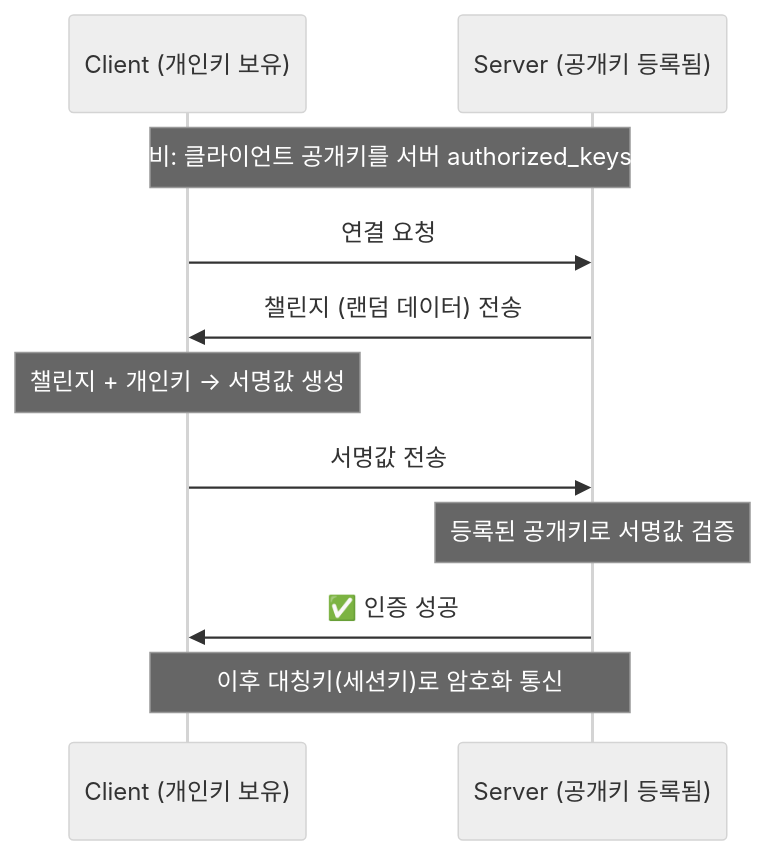
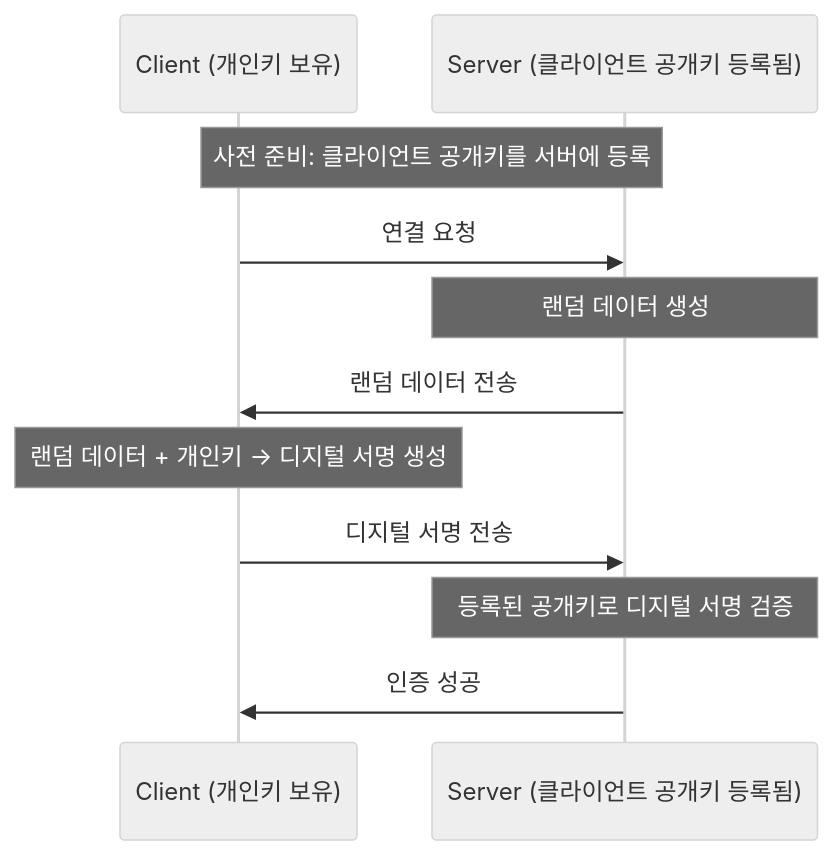
One commit to yhnoh/study changed the first of 6 diagrams in 주니어_백엔드_개발자가_반드시_알아야_할_실무지식/08_Security/README.md. Above: the diagram before and after it, drawn with Mermaid (neutral theme). The commit also changed other lines of this file, not shown here.

````diff
--- a/주니어_백엔드_개발자가_반드시_알아야_할_실무지식/08_Security/README.md
+++ b/주니어_백엔드_개발자가_반드시_알아야_할_실무지식/08_Security/README.md
@@ -62,14 +71,15 @@
 ```mermaid
 sequenceDiagram
     participant C as Client (개인키 보유)
-    participant S as Server (공개키 등록됨)
+    participant S as Server (클라이언트 공개키 등록됨)
 
-    Note over C,S: 사전 준비: 클라이언트 공개키를 서버 authorized_keys에 등록
+    Note over C,S: 사전 준비: 클라이언트 공개키를 서버에 등록
+
     C->>S: 연결 요청
-    S->>C: 챌린지 (랜덤 데이터) 전송
-    Note over C: 챌린지 + 개인키 → 서명값 생성
-    C->>S: 서명값 전송
-    Note over S: 등록된 공개키로 서명값 검증
-    S->>C: ✅ 인증 성공
-    Note over C,S: 이후 대칭키(세션키)로 암호화 통신
+    Note over S: 랜덤 데이터 생성
+    S->>C: 랜덤 데이터 전송
+    Note over C: 랜덤 데이터 + 개인키 → 디지털 서명 생성
+    C->>S: 디지털 서명 전송
+    Note over S: 등록된 공개키로 디지털 서명 검증
+    S->>C: 인증 성공
 ```
````
